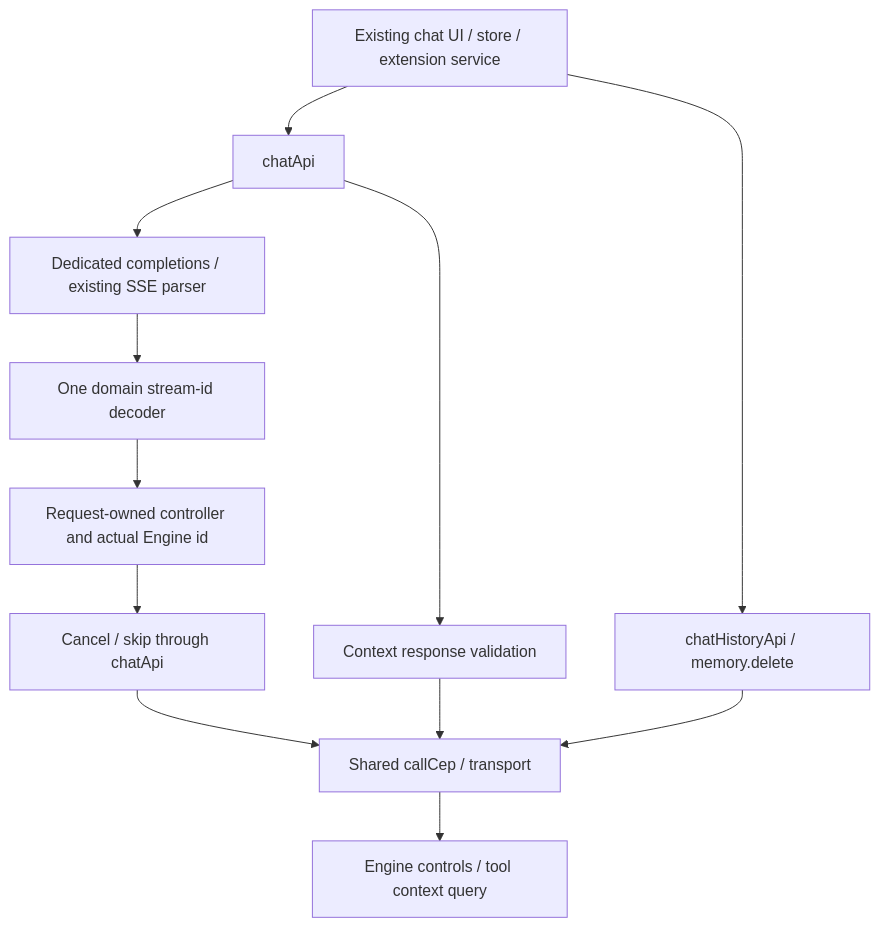
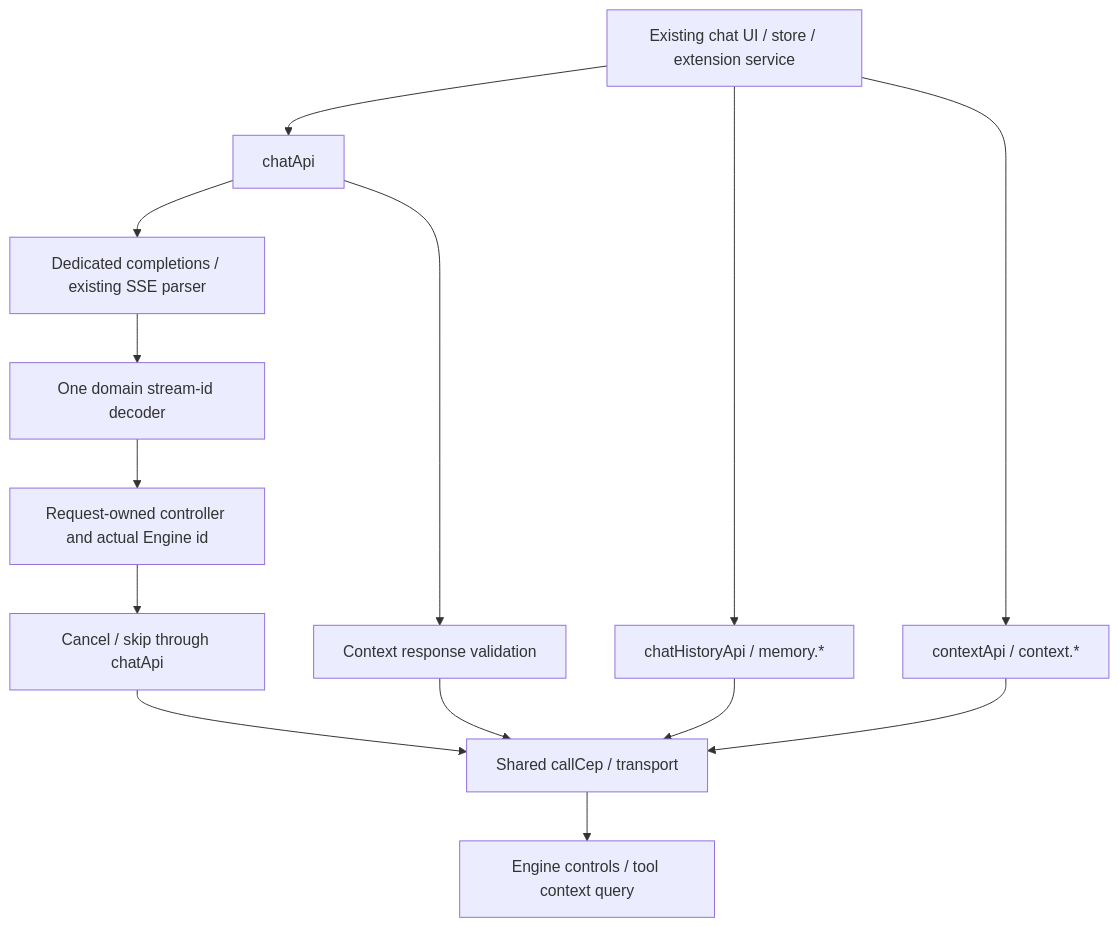
The diagram in src/api/engine/chat/README.md (cluaiz/cluaiz-app), drawn with Mermaid before and after one commit. The commit also changed other lines of this file and 6 other files, not shown here.

Commit message:
feat(api/chat): add conversation memory and context inspection adapters

````diff
--- a/src/api/engine/chat/README.md
+++ b/src/api/engine/chat/README.md
@@ -13,14 +14,16 @@
 ```mermaid
 flowchart TD
     UI["Existing chat UI / store / extension service"] --> A["chatApi"]
     A --> G["Dedicated completions / existing SSE parser"]
     G --> ID["One domain stream-id decoder"]
     ID --> O["Request-owned controller and actual Engine id"]
     O --> C["Cancel / skip through chatApi"]
     C --> P["Shared callCep / transport"]
     A --> T["Context response validation"]
     T --> P
     P --> E["Engine controls / tool context query"]
-    UI --> H["chatHistoryApi / memory.delete"]
+    UI --> H["chatHistoryApi / memory.*"]
     H --> P
+    UI --> X["contextApi / context.*"]
+    X --> P
 ```
````
